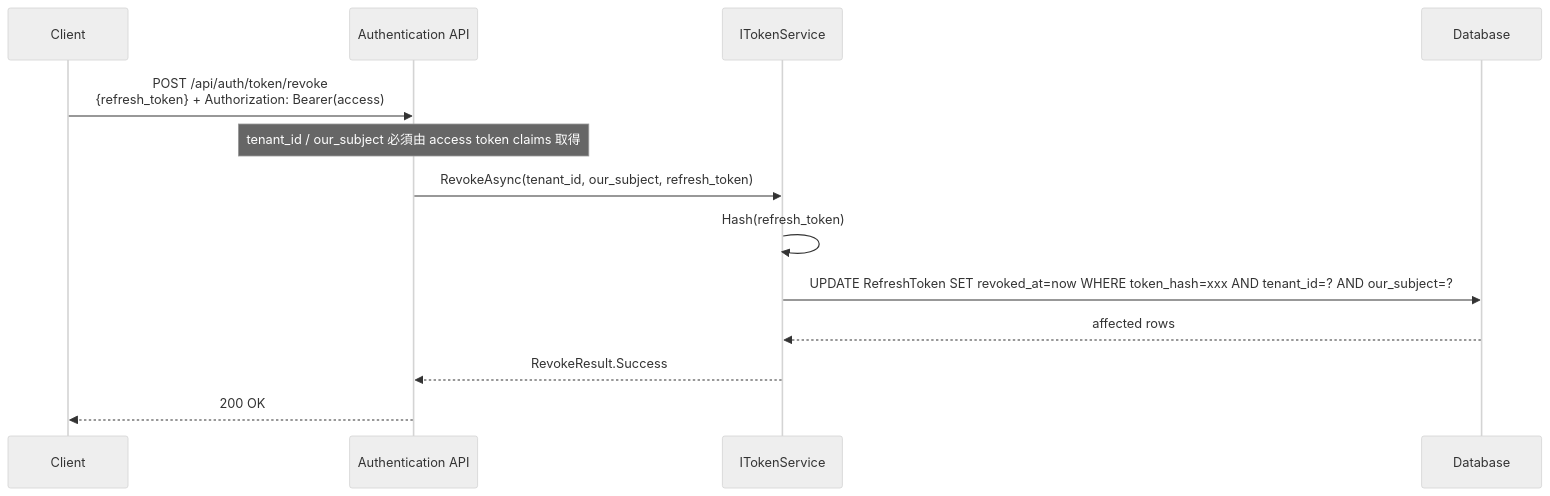
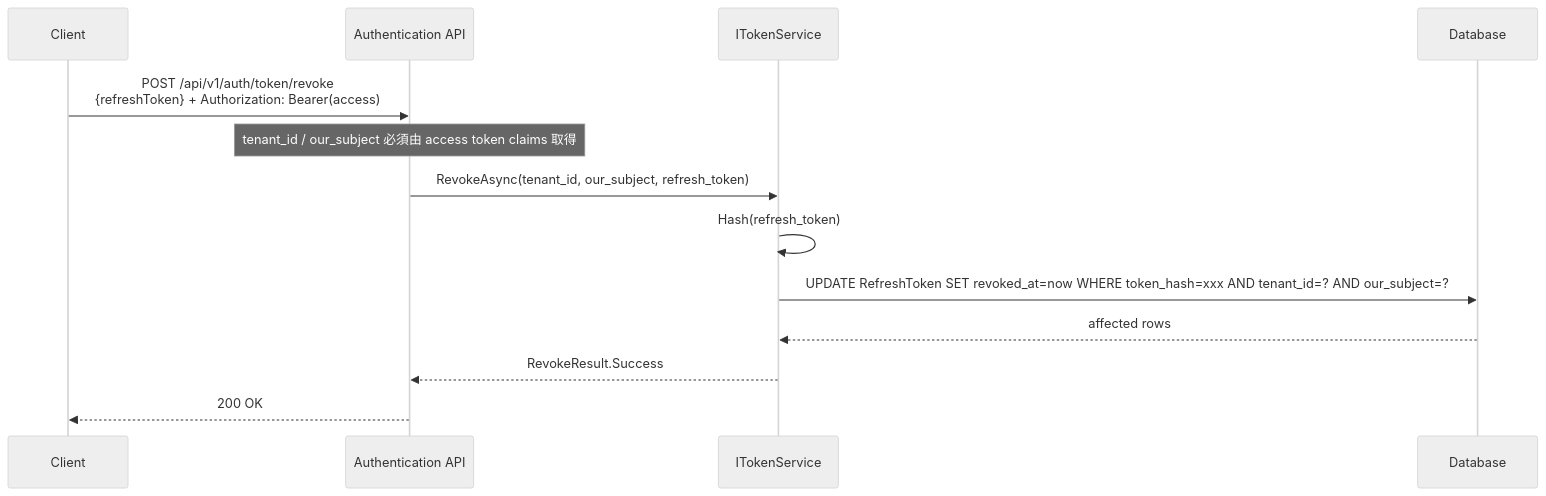
Before and after one commit to Bird73/Service: the sixth of 12 diagrams in docs/SequenceDiagrams.md, drawn with Mermaid (neutral theme). The commit also changed other lines of this file and 15 other files, not shown here.

````diff
--- a/docs/SequenceDiagrams.md
+++ b/docs/SequenceDiagrams.md
@@ -224,17 +224,17 @@
 ```mermaid
 sequenceDiagram
     participant C as Client
     participant API as Authentication API
     participant TS as ITokenService
     participant DB as Database
 
-    C->>API: POST /api/auth/token/revoke<br/>{refresh_token} + Authorization: Bearer(access)
+    C->>API: POST /api/v1/auth/token/revoke<br/>{refreshToken} + Authorization: Bearer(access)
     note over API: tenant_id / our_subject 必須由 access token claims 取得
     API->>TS: RevokeAsync(tenant_id, our_subject, refresh_token)
     TS->>TS: Hash(refresh_token)
     TS->>DB: UPDATE RefreshToken SET revoked_at=now WHERE token_hash=xxx AND tenant_id=? AND our_subject=?
     DB-->>TS: affected rows
     TS-->>API: RevokeResult.Success
     API-->>C: 200 OK
 
 ```
````
